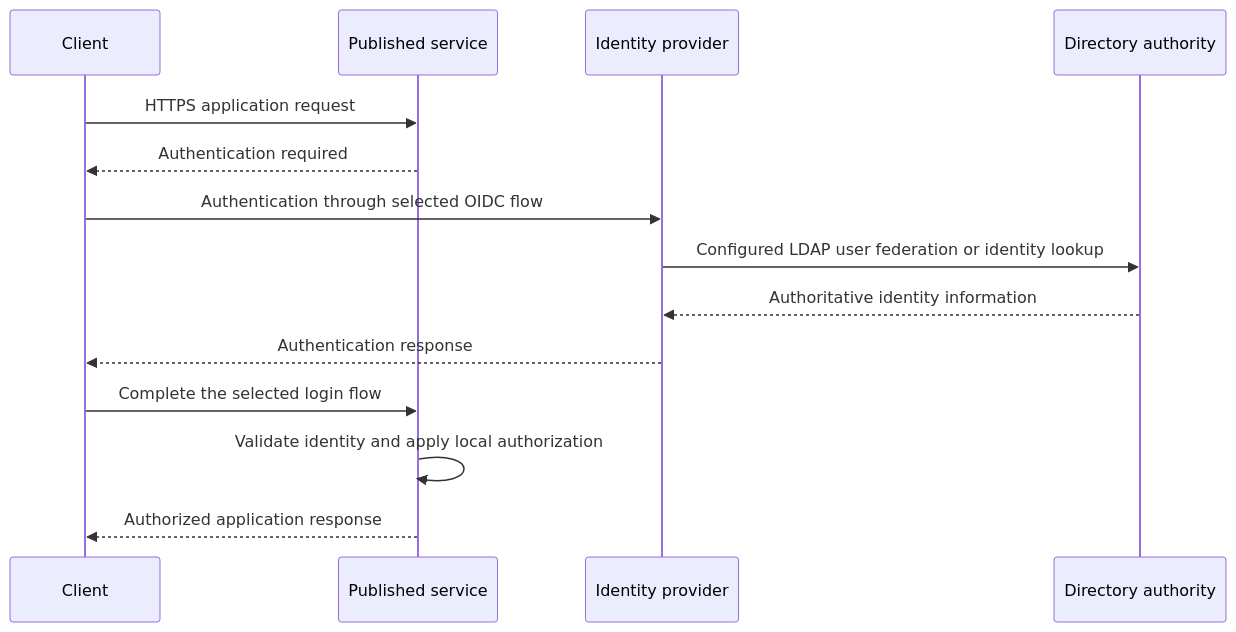
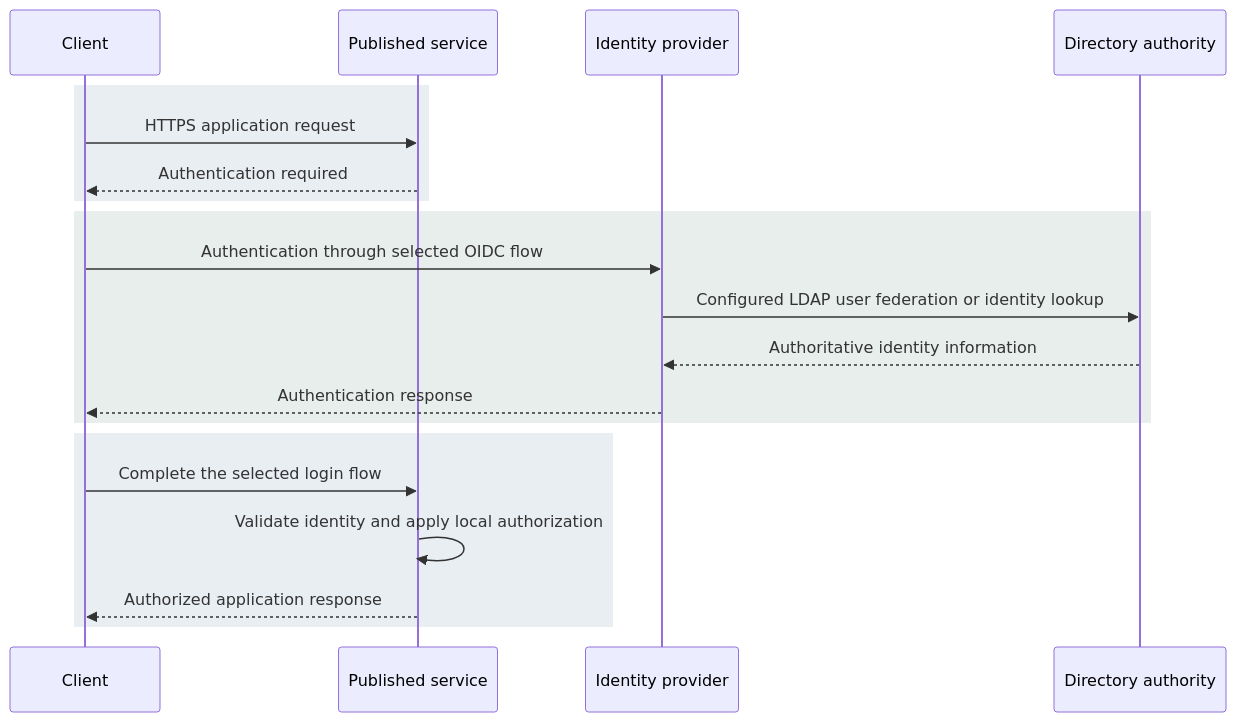
The first of 5 diagrams in docs/architecture/runtime-flows.md (Rexus/homelab), drawn with Mermaid before and after one commit. The commit also changed other lines of this file and 49 other files, not shown here.

Commit message:
docs(diagrams): clarify tier layouts and visual styles

````diff
--- a/docs/architecture/runtime-flows.md
+++ b/docs/architecture/runtime-flows.md
@@ -25,16 +25,22 @@
 ```mermaid
 sequenceDiagram
   participant Client as Client
   participant Service as Published service
   participant IdP as Identity provider
   participant Directory as Directory authority
+  rect rgba(77, 113, 155, 0.12)
   Client->>Service: HTTPS application request
   Service-->>Client: Authentication required
+  end
+  rect rgba(57, 115, 102, 0.12)
   Client->>IdP: Authentication through selected OIDC flow
   IdP->>Directory: Configured LDAP user federation or identity lookup
   Directory-->>IdP: Authoritative identity information
   IdP-->>Client: Authentication response
+  end
+  rect rgba(77, 113, 155, 0.12)
   Client->>Service: Complete the selected login flow
   Service->>Service: Validate identity and apply local authorization
   Service-->>Client: Authorized application response
+  end
 ```
````
